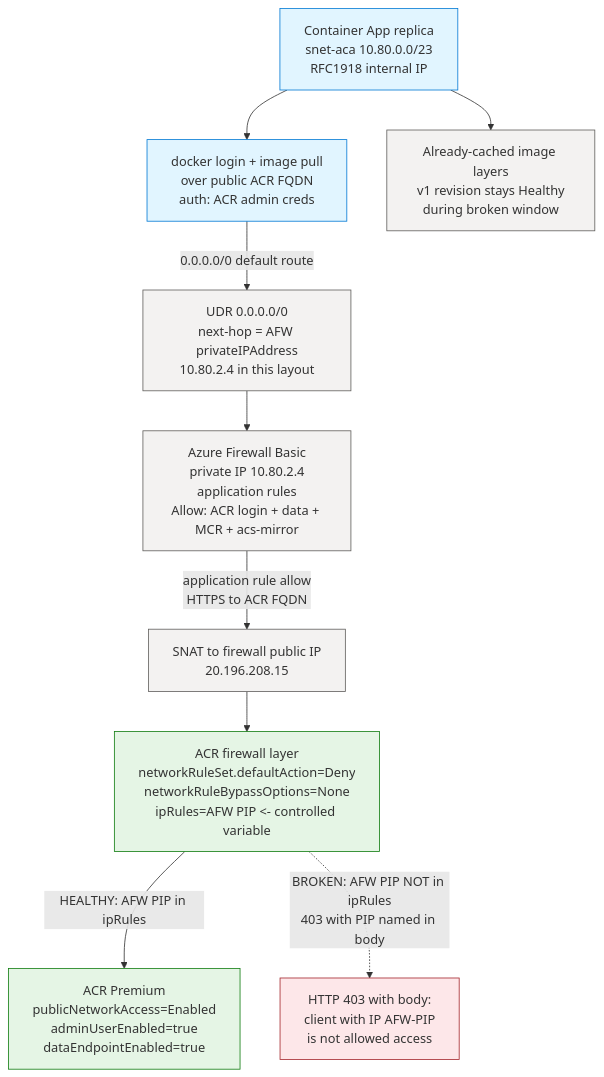
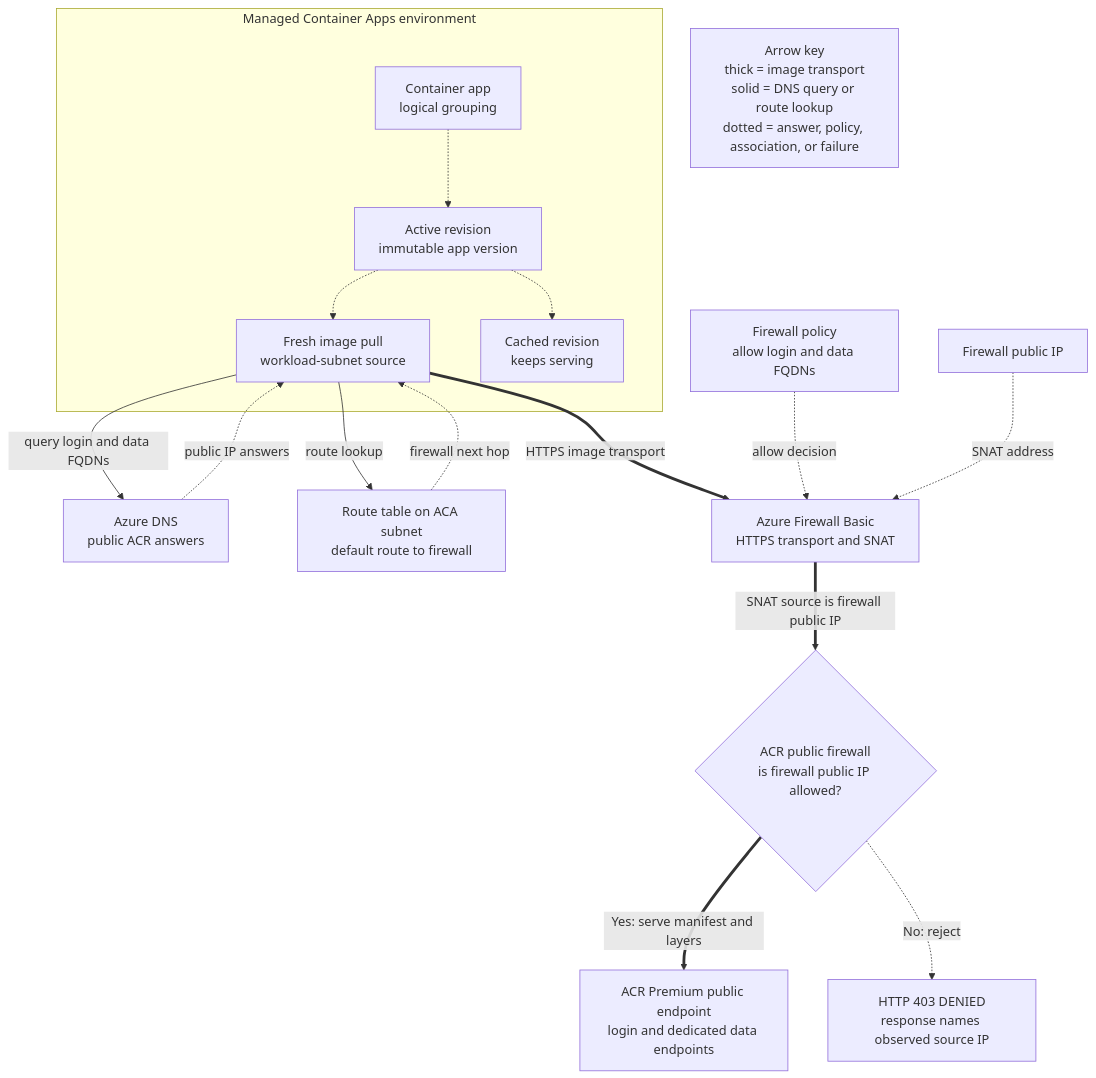
Before and after one commit to yeongseon/azure-container-apps-practical-guide: the diagram in docs/troubleshooting/lab-guides/acr-network-path-firewall-allowlist.md, drawn with Mermaid. The commit also changed other lines of this file and 6 other files, not shown here.

First line of the commit message:
docs(diagrams): migrate the ACR network path diagrams (#608)

````diff
--- a/docs/troubleshooting/lab-guides/acr-network-path-firewall-allowlist.md
+++ b/docs/troubleshooting/lab-guides/acr-network-path-firewall-allowlist.md
@@ -137,31 +137,37 @@
 ```mermaid
 flowchart TD
-    REPLICA[Container App replica<br/>snet-aca 10.80.0.0/23<br/>RFC1918 internal IP]
-    DOCKER[docker login + image pull<br/>over public ACR FQDN<br/>auth: ACR admin creds]
-    UDR[UDR 0.0.0.0/0<br/>next-hop = AFW privateIPAddress<br/>10.80.2.4 in this layout]
-    AFW[Azure Firewall Basic<br/>private IP 10.80.2.4<br/>application rules<br/>Allow: ACR login + data + MCR + acs-mirror]
-    SNAT[SNAT to firewall public IP<br/>20.196.208.15]
-    ACRFW[ACR firewall layer<br/>networkRuleSet.defaultAction=Deny<br/>networkRuleBypassOptions=None<br/>ipRules=AFW PIP <- controlled variable]
-    ACR[ACR Premium<br/>publicNetworkAccess=Enabled<br/>adminUserEnabled=true<br/>dataEndpointEnabled=true]
-    DENIED[HTTP 403 with body:<br/>client with IP AFW-PIP<br/>is not allowed access]
-    CACHED[Already-cached image layers<br/>v1 revision stays Healthy<br/>during broken window]
+    accTitle: Path A public ACR through Azure Firewall and SNAT
+    accDescr: A fresh Container Apps image pull resolves public ACR login and data endpoints. The workload subnet route table selects Azure Firewall, whose application policy allows the FQDNs and whose public IP becomes the source observed by the ACR public firewall. Removing that public IP from the ACR allowlist produces the lab's HTTP 403 evidence while the cached revision stays healthy.
 
-    REPLICA --> DOCKER
-    REPLICA --> CACHED
-    DOCKER -->|0.0.0.0/0 default route| UDR
-    UDR --> AFW
-    AFW -->|application rule allow<br/>HTTPS to ACR FQDN| SNAT
-    SNAT --> ACRFW
-    ACRFW -->|HEALTHY: AFW PIP in ipRules| ACR
-    ACRFW -.->|BROKEN: AFW PIP NOT in ipRules<br/>403 with PIP named in body| DENIED
+    subgraph ENV["Managed Container Apps environment"]
+        APP["Container app<br/>logical grouping"]
+        REV_ACTIVE["Active revision<br/>immutable app version"]
+        PULL["Fresh image pull<br/>workload-subnet source"]
+        CACHED["Cached revision<br/>keeps serving"]
+        APP -.-> REV_ACTIVE
+        REV_ACTIVE -.-> PULL
+        REV_ACTIVE -.-> CACHED
+    end
 
-    classDef workload fill:#e1f5ff,stroke:#0078d4
-    classDef brokenpath fill:#fde7e9,stroke:#a4262c
-    classDef registry fill:#e5f5e5,stroke:#107c10
-    classDef neutral fill:#f3f2f1,stroke:#605e5c
+    DNS["Azure DNS<br/>public ACR answers"]
+    RT["Route table on ACA subnet<br/>default route to firewall"]
+    FW["Azure Firewall Basic<br/>HTTPS transport and SNAT"]
+    FWP["Firewall policy<br/>allow login and data FQDNs"]
+    PIP["Firewall public IP"]
+    ACRFW{"ACR public firewall<br/>is firewall public IP allowed?"}
+    ACR["ACR Premium public endpoint<br/>login and dedicated data endpoints"]
+    DENIED["HTTP 403 DENIED<br/>response names observed source IP"]
 
-    class REPLICA,DOCKER workload
-    class DENIED brokenpath
-    class ACR,ACRFW registry
-    class UDR,AFW,SNAT,CACHED neutral
+    PULL -->|query login and data FQDNs| DNS
+    DNS -.->|public IP answers| PULL
+    PULL -->|route lookup| RT
+    RT -.->|firewall next hop| PULL
+    PULL ==>|HTTPS image transport| FW
+    FWP -.->|allow decision| FW
+    PIP -.->|SNAT address| FW
+    FW ==>|SNAT source is firewall public IP| ACRFW
+    ACRFW ==>|Yes: serve manifest and layers| ACR
+    ACRFW -.->|No: reject| DENIED
+
+    LEGEND["Arrow key<br/>thick = image transport<br/>solid = DNS query or route lookup<br/>dotted = answer, policy, association, or failure"]
 ```
````
